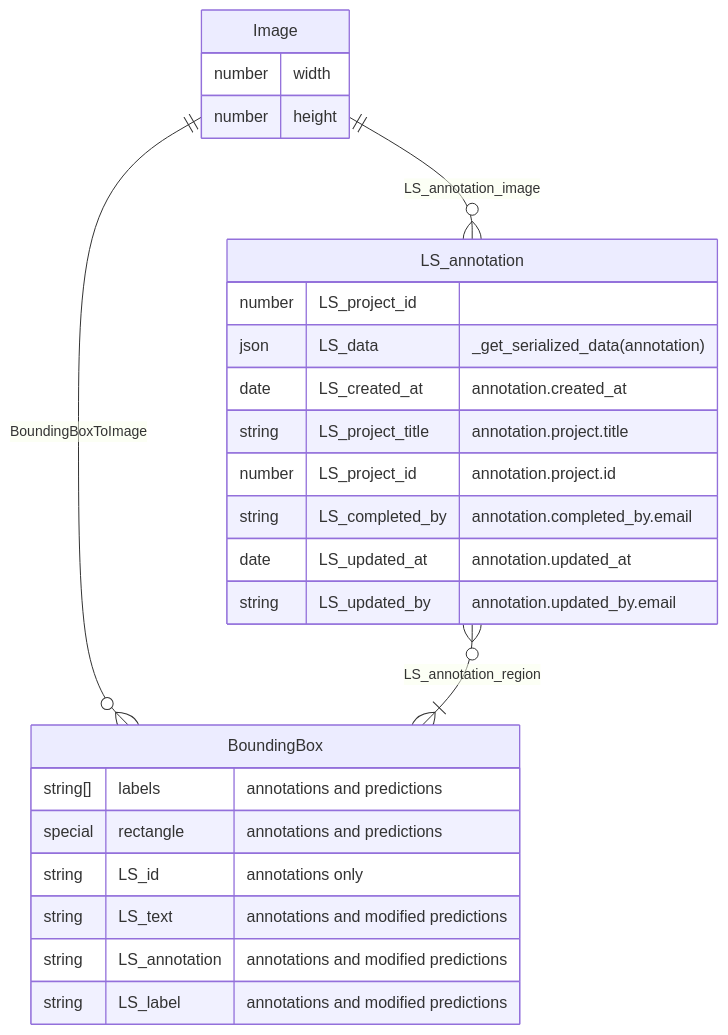
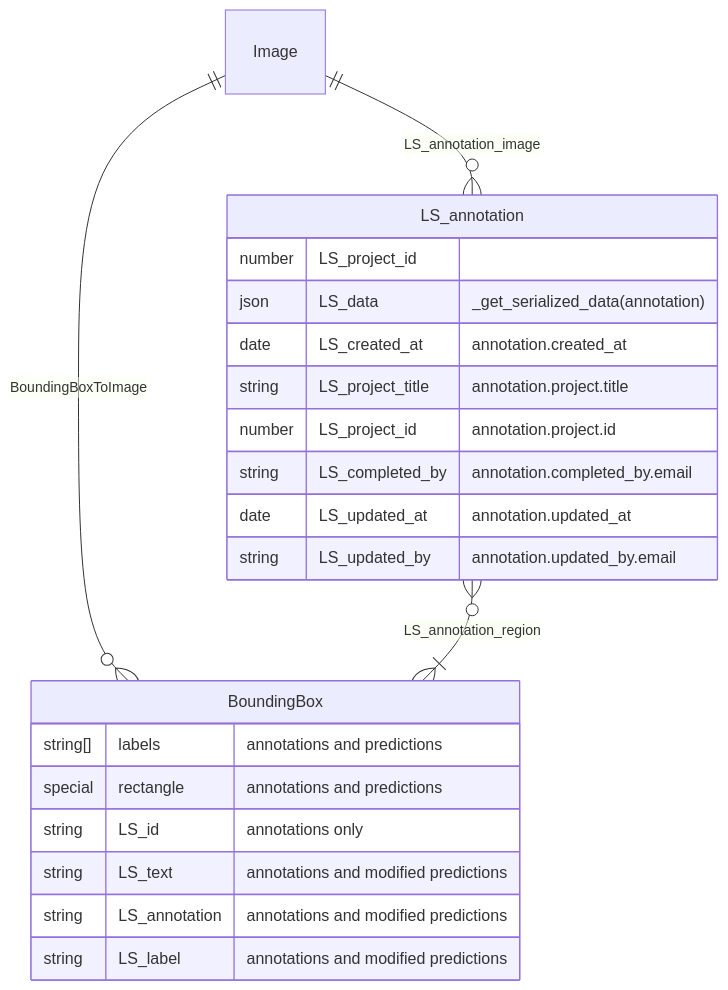
Before and after one commit to aperture-data/workflows: the diagram in apps/label-studio/README.md, drawn with Mermaid. The commit also changed 6 other files, not shown here.

````diff
--- a/apps/label-studio/README.md
+++ b/apps/label-studio/README.md
@@ -53,31 +53,29 @@
 ```mermaid
 erDiagram
     Image {
-        number width
-        number height
     }
 
     LS_annotation {
         number LS_project_id
         json LS_data "_get_serialized_data(annotation)"
         date LS_created_at "annotation.created_at"
         string LS_project_title "annotation.project.title"
         number LS_project_id "annotation.project.id"
         string LS_completed_by "annotation.completed_by.email"
         date LS_updated_at "annotation.updated_at"
         string LS_updated_by "annotation.updated_by.email"
     }
 
     BoundingBox {
         string[] labels "annotations and predictions"
         special rectangle "annotations and predictions"
         string LS_id "annotations only"
         string LS_text "annotations and modified predictions"
         string LS_annotation "annotations and modified predictions"
         string LS_label "annotations and modified predictions"
     }
 
     Image ||--o{ LS_annotation : LS_annotation_image
     Image ||--o{ BoundingBox : BoundingBoxToImage
     LS_annotation }o--|{ BoundingBox : LS_annotation_region
 ```
````
